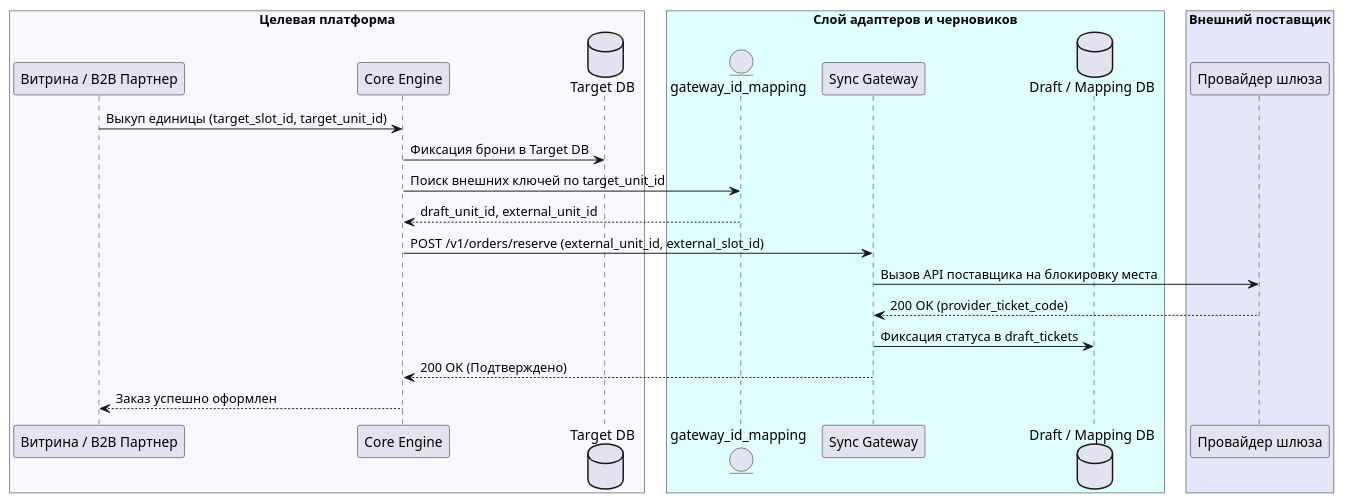
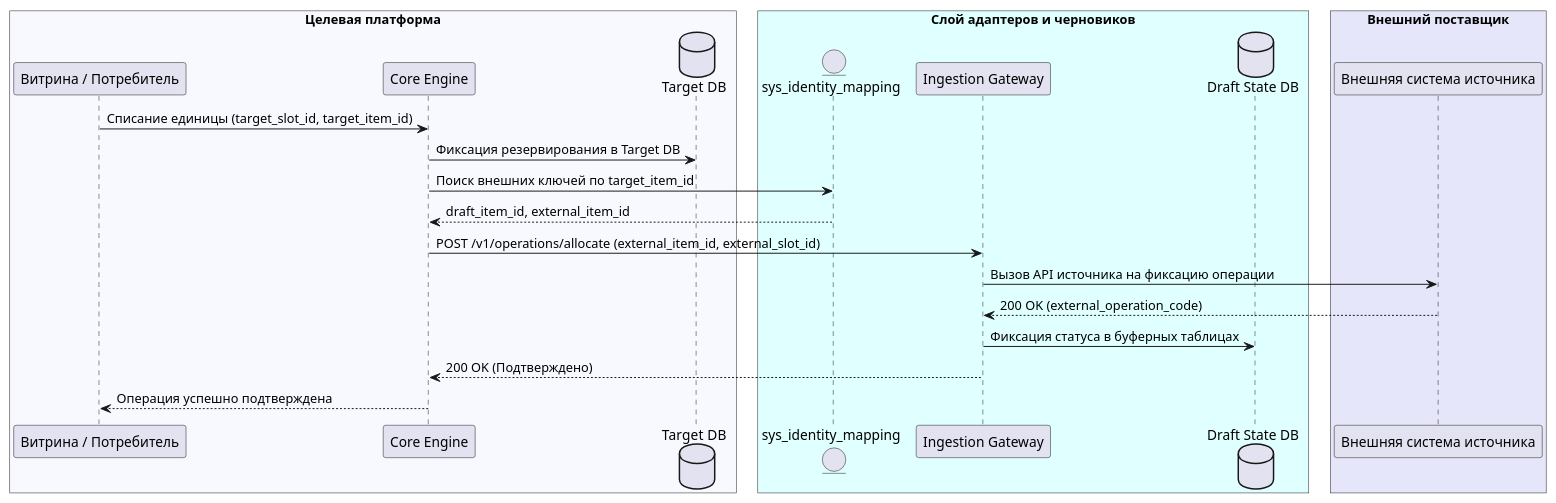
One commit to boboden541/sa-helper changed the second of 2 diagrams in .claude/skills/domain-auditor/examples/ideal_domain_audit.md. Above: the diagram before and after it, drawn with PlantUML. The commit also changed other lines of this file and 6 other files, not shown here.

````diff
--- a/.claude/skills/domain-auditor/examples/ideal_domain_audit.md
+++ b/.claude/skills/domain-auditor/examples/ideal_domain_audit.md
@@ -149,35 +149,35 @@
 ```plantuml
 @startuml
 skinparam BoxPadding 10
 
 box "Целевая платформа" #GhostWhite
-participant "Витрина / B2B Партнер" as B2B
+participant "Витрина / Потребитель" as Client
 participant "Core Engine" as CORE
 database "Target DB" as TDB
 end box
 
 box "Слой адаптеров и черновиков" #LightCyan
-entity "gateway_id_mapping" as GIM
-participant "Sync Gateway" as GATEWAY
-database "Draft / Mapping DB" as DRAFT
+entity "sys_identity_mapping" as IDMAP
+participant "Ingestion Gateway" as GATEWAY
+database "Draft State DB" as DRAFT
 end box
 
 box "Внешний поставщик" #Lavender
-participant "Провайдер шлюза" as PROV
+participant "Внешняя система источника" as EXT
 end box
 
-B2B -> CORE: Выкуп единицы (target_slot_id, target_unit_id)
-CORE -> TDB: Фиксация брони в Target DB
+Client -> CORE: Списание единицы (target_slot_id, target_item_id)
+CORE -> TDB: Фиксация резервирования в Target DB
 
-CORE -> GIM: Поиск внешних ключей по target_unit_id
-GIM --> CORE: draft_unit_id, external_unit_id
+CORE -> IDMAP: Поиск внешних ключей по target_item_id
+IDMAP --> CORE: draft_item_id, external_item_id
 
-CORE -> GATEWAY: POST /v1/orders/reserve (external_unit_id, external_slot_id)
-GATEWAY -> PROV: Вызов API поставщика на блокировку места
-PROV --> GATEWAY: 200 OK (provider_ticket_code)
+CORE -> GATEWAY: POST /v1/operations/allocate (external_item_id, external_slot_id)
+GATEWAY -> EXT: Вызов API источника на фиксацию операции
+EXT --> GATEWAY: 200 OK (external_operation_code)
 
-GATEWAY -> DRAFT: Фиксация статуса в draft_tickets
+GATEWAY -> DRAFT: Фиксация статуса в буферных таблицах
 GATEWAY --> CORE: 200 OK (Подтверждено)
-CORE --> B2B: Заказ успешно оформлен
+CORE --> Client: Операция успешно подтверждена
 @enduml
 ```
````
